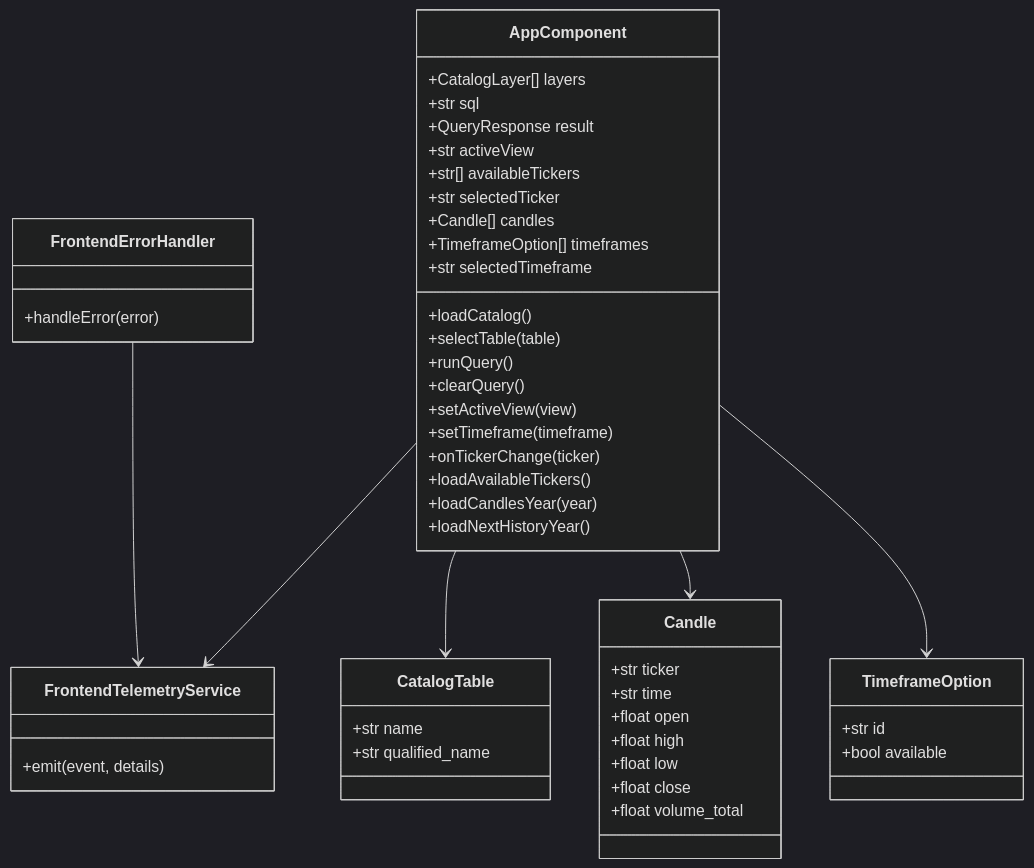
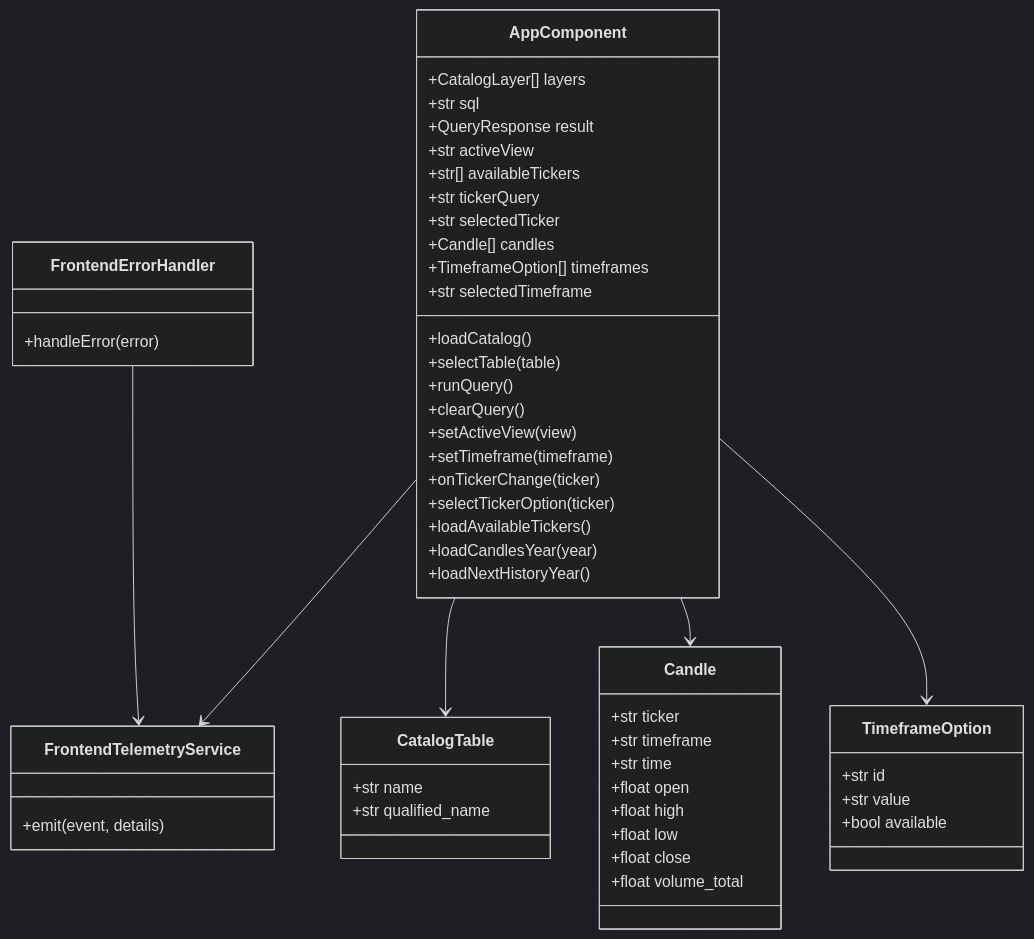
One commit to BiellBatista/Python.DataEngineering changed the third of 3 diagrams in B3-Web-App/docs/diagrama-classes.md. Above: the diagram before and after it, drawn with Mermaid (dark theme). The commit also changed other lines of this file and 10 other files, not shown here.

First line of the commit message:
feat: filter Gold candles by timeframe and add ticker combobox

````diff
--- a/B3-Web-App/docs/diagrama-classes.md
+++ b/B3-Web-App/docs/diagrama-classes.md
@@ -93,52 +94,56 @@
 ```mermaid
 classDiagram
     class AppComponent {
         +CatalogLayer[] layers
         +str sql
         +QueryResponse result
         +str activeView
         +str[] availableTickers
+        +str tickerQuery
         +str selectedTicker
         +Candle[] candles
         +TimeframeOption[] timeframes
         +str selectedTimeframe
         +loadCatalog()
         +selectTable(table)
         +runQuery()
         +clearQuery()
         +setActiveView(view)
         +setTimeframe(timeframe)
         +onTickerChange(ticker)
+        +selectTickerOption(ticker)
         +loadAvailableTickers()
         +loadCandlesYear(year)
         +loadNextHistoryYear()
     }
     class Candle {
         +str ticker
+        +str timeframe
         +str time
         +float open
         +float high
         +float low
         +float close
         +float volume_total
     }
     class TimeframeOption {
         +str id
+        +str value
         +bool available
     }
     class FrontendTelemetryService {
         +emit(event, details)
     }
     class FrontendErrorHandler {
         +handleError(error)
     }
     class CatalogTable {
         +str name
         +str qualified_name
     }
     AppComponent --> FrontendTelemetryService
     AppComponent --> CatalogTable
     AppComponent --> Candle
     AppComponent --> TimeframeOption
     FrontendErrorHandler --> FrontendTelemetryService
 ```
````
